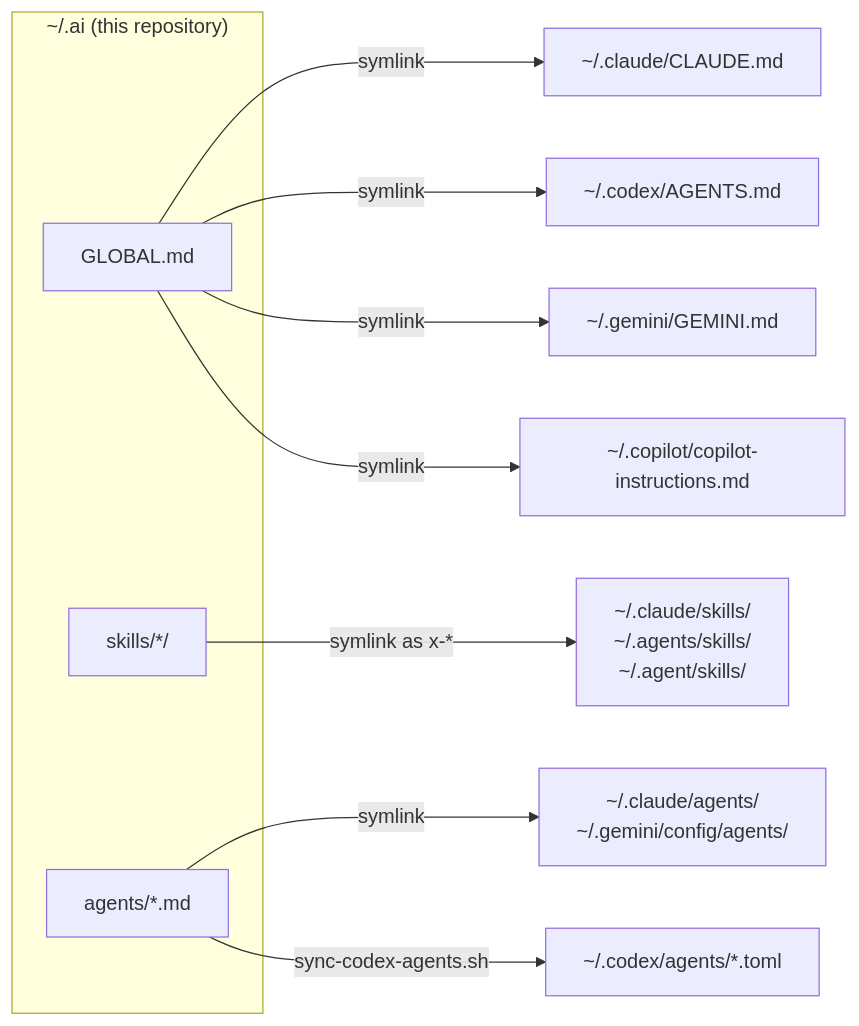
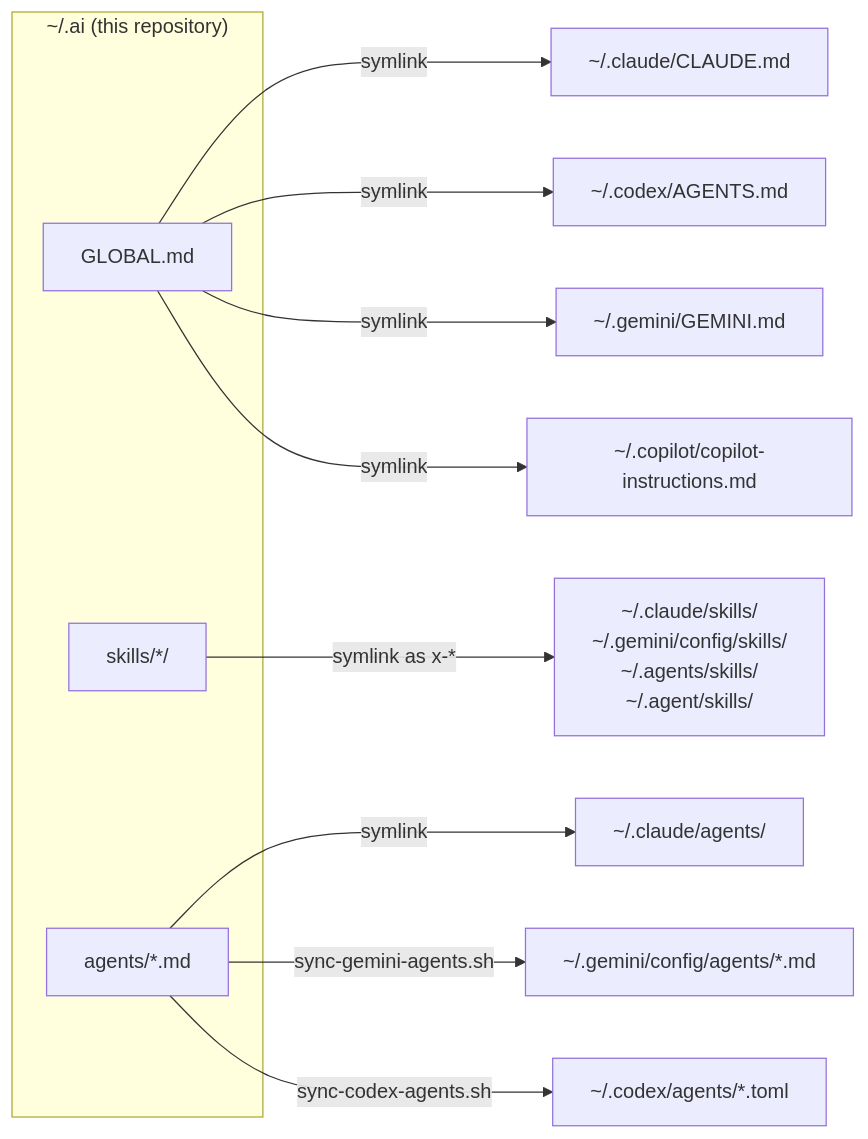
One commit to themkvz/formain-setup changed the diagram in README.md. Above: the diagram before and after it, drawn with Mermaid. The commit also changed other lines of this file and 6 other files, not shown here.

Commit message:
feat: sync Gemini skills and agents

````diff
--- a/README.md
+++ b/README.md
@@ -21,18 +21,19 @@
 ```mermaid
 flowchart LR
   subgraph repo["~/.ai (this repository)"]
     G["GLOBAL.md"]
     S["skills/*/"]
     A["agents/*.md"]
   end
 
   G -- symlink --> CL["~/.claude/CLAUDE.md"]
   G -- symlink --> CX["~/.codex/AGENTS.md"]
   G -- symlink --> GM["~/.gemini/GEMINI.md"]
   G -- symlink --> CP["~/.copilot/copilot-instructions.md"]
 
-  S -- "symlink as x-*" --> SK["~/.claude/skills/<br/>~/.agents/skills/<br/>~/.agent/skills/"]
+  S -- "symlink as x-*" --> SK["~/.claude/skills/<br/>~/.gemini/config/skills/<br/>~/.agents/skills/<br/>~/.agent/skills/"]
 
-  A -- symlink --> AG["~/.claude/agents/<br/>~/.gemini/config/agents/"]
+  A -- symlink --> AG["~/.claude/agents/"]
+  A -- "sync-gemini-agents.sh" --> GA["~/.gemini/config/agents/*.md"]
   A -- "sync-codex-agents.sh" --> CT["~/.codex/agents/*.toml"]
 ```
````
